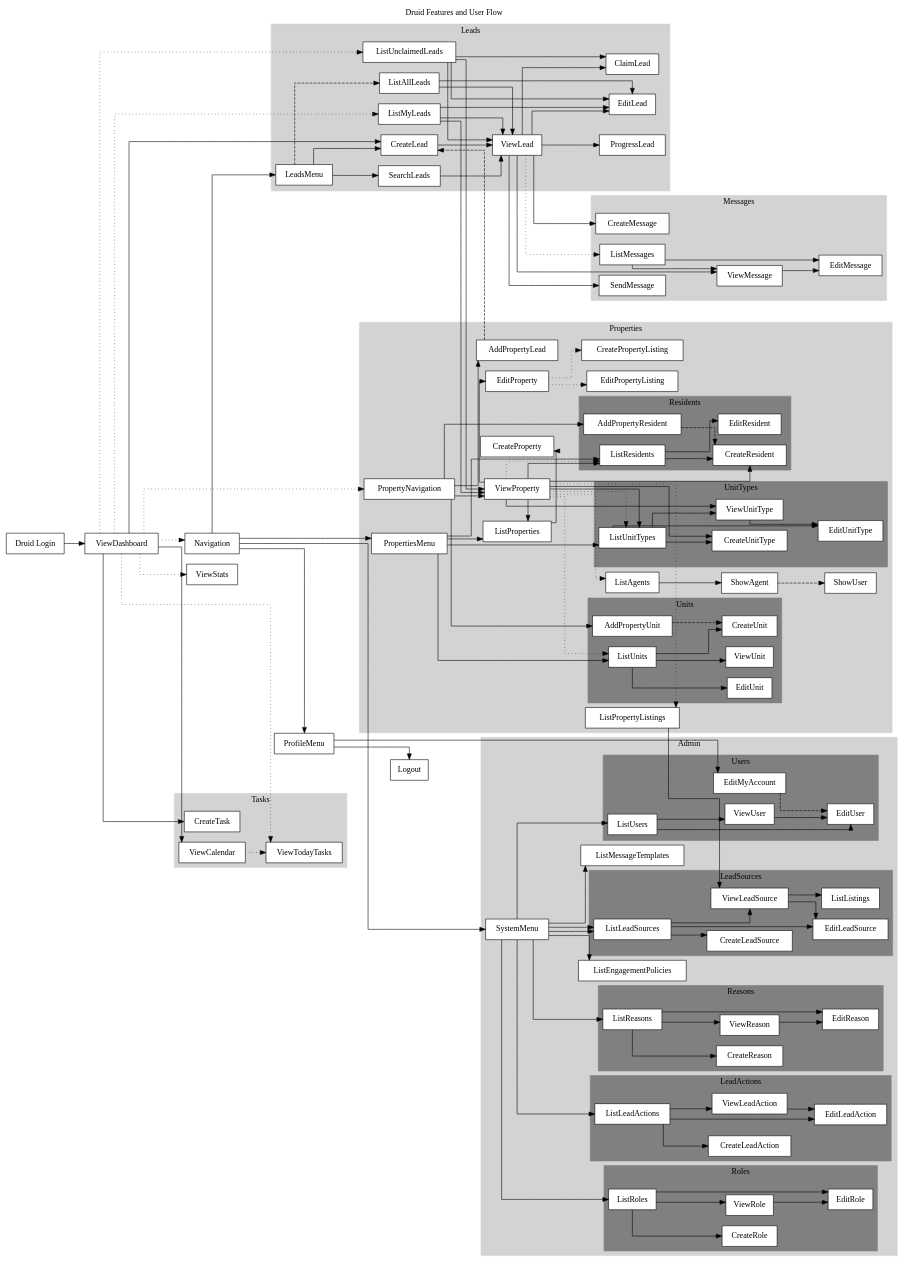
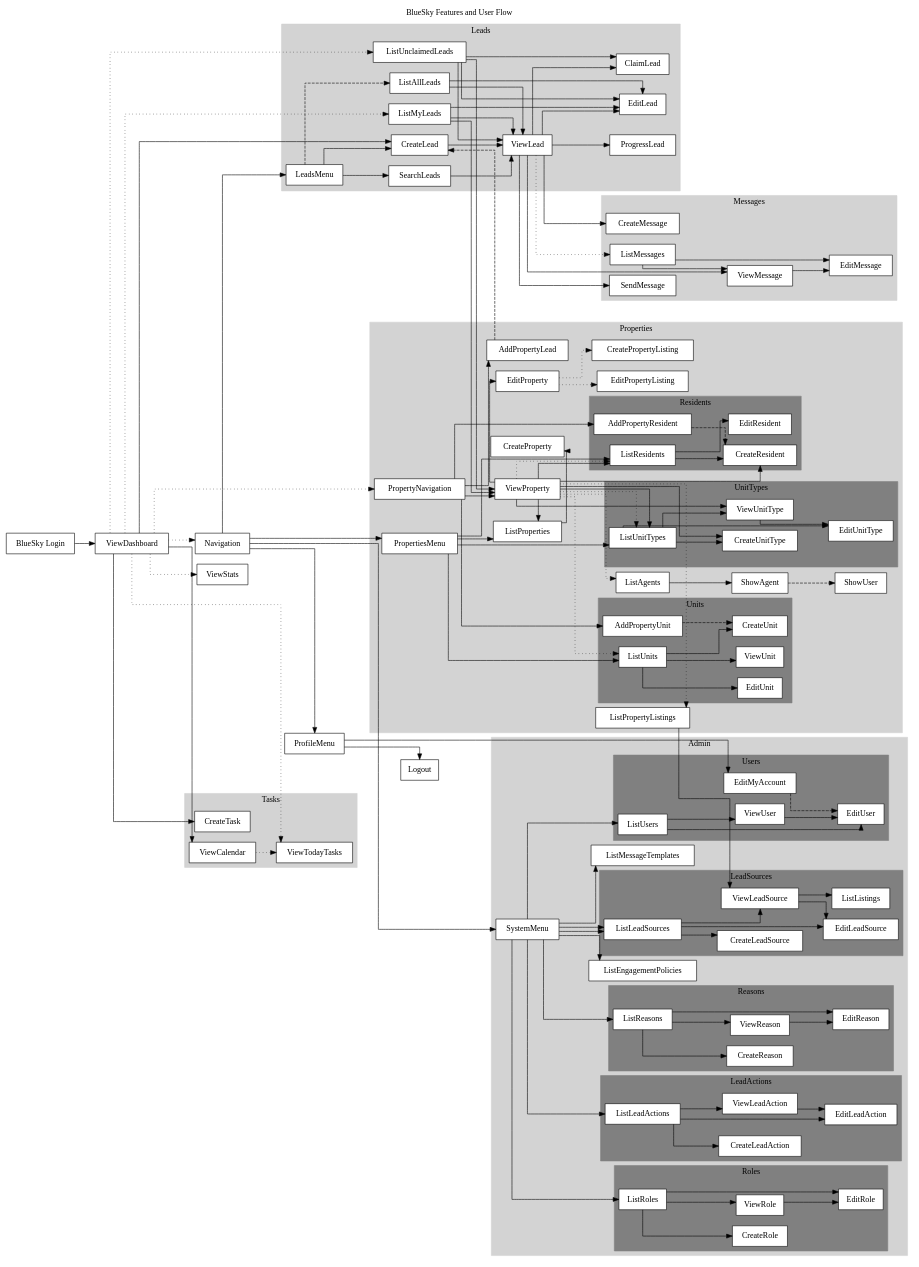
The diagram in doc/application-flow.dot (BetaNuTech/druid-web), drawn with Graphviz before and after one commit. The commit also changed 48 other files, not shown here.

Commit message:
Rebrand Druid to BlueSky * Druid to BlueSky or Bluesky string changes * Update LeadSources from Druid to Bluesky

```diff
--- a/doc/application-flow.dot
+++ b/doc/application-flow.dot
@@ -1,13 +1,13 @@
-digraph DruidAppHierarchy {
-  label="Druid Features and User Flow";
+digraph BlueSkyAppHierarchy {
+  label="BlueSky Features and User Flow";
   labelloc="t";
   node[shape="rect",style=filled,color=black,fillcolor=white];
   splines="ortho";
   rankdir="LR";
 
-  Druid[label="Druid Login"];
+  BlueSky[label="BlueSky Login"];
 
-  Druid->ViewDashboard[style="solid"];
+  BlueSky->ViewDashboard[style="solid"];
   ViewDashboard->ListUnclaimedLeads[style="dotted"];
   ViewDashboard->ListMyLeads[style="dotted"];
   ViewDashboard->ViewStats[style="dotted"];
```
